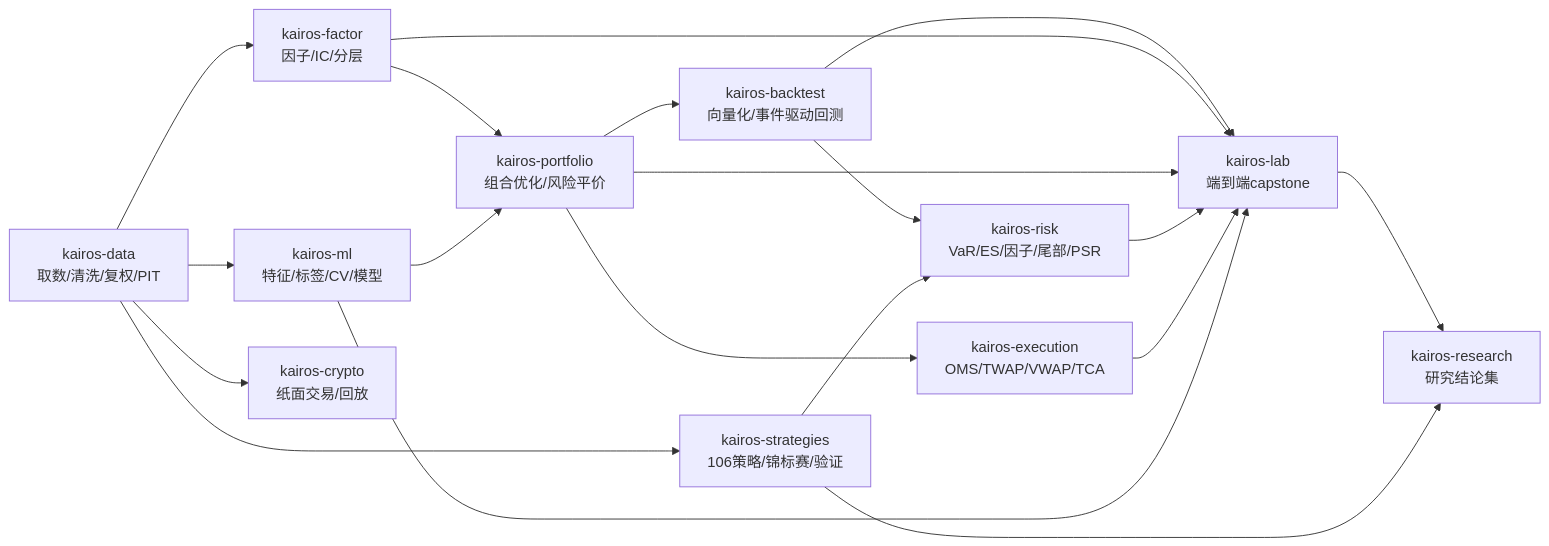
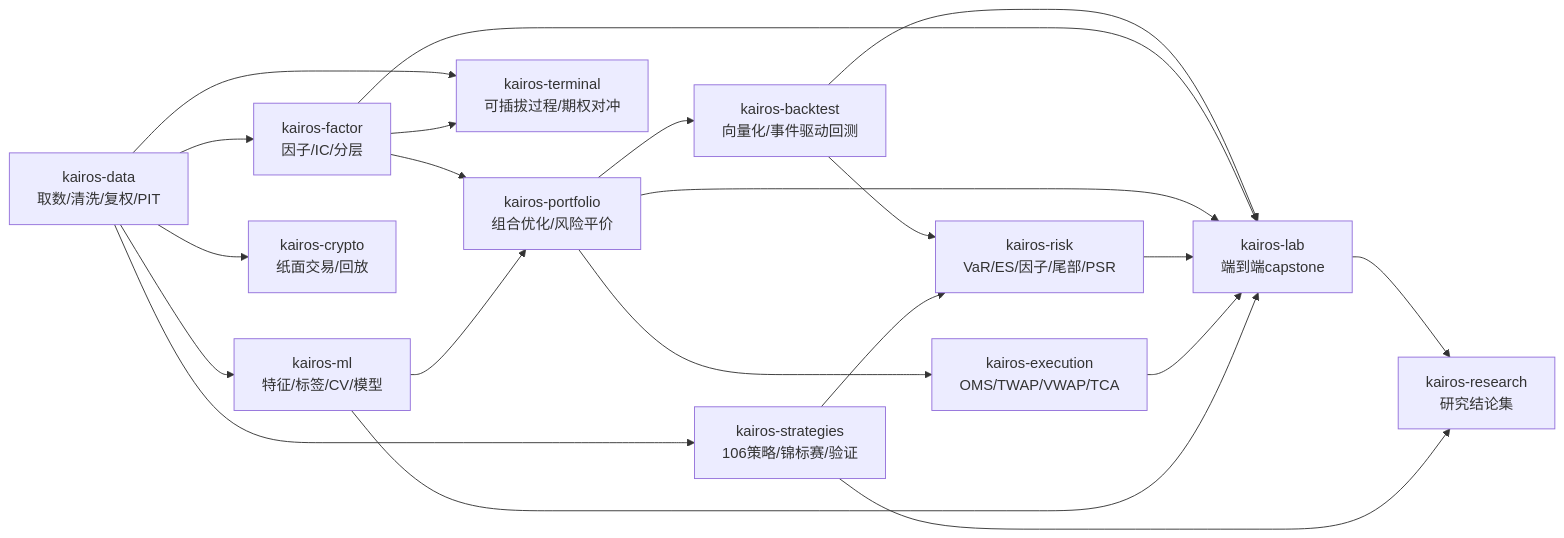
One commit to Bruce848647703/kairos changed the diagram in README.md. Above: the diagram before and after it, drawn with Mermaid. The commit also changed other lines of this file, not shown here.

First line of the commit message:
docs: 收录 kairos-terminal（12 个项目 / 1789 测试 / 7 层）

````diff
--- a/README.md
+++ b/README.md
@@ -60,21 +67,23 @@
 ```mermaid
 flowchart LR
   D[kairos-data<br/>取数/清洗/复权/PIT] --> F[kairos-factor<br/>因子/IC/分层]
   D --> M[kairos-ml<br/>特征/标签/CV/模型]
   F --> P[kairos-portfolio<br/>组合优化/风险平价]
   M --> P
   P --> B[kairos-backtest<br/>向量化/事件驱动回测]
   D --> S[kairos-strategies<br/>106策略/锦标赛/验证]
   B --> R[kairos-risk<br/>VaR/ES/因子/尾部/PSR]
   S --> R
   P --> E[kairos-execution<br/>OMS/TWAP/VWAP/TCA]
   D --> C[kairos-crypto<br/>纸面交易/回放]
+  D --> T[kairos-terminal<br/>可插拔过程/期权对冲]
+  F --> T
   B --> L[kairos-lab<br/>端到端capstone]
   F --> L
   P --> L
   R --> L
   E --> L
   M --> L
   L --> RS[kairos-research<br/>研究结论集]
   S --> RS
 ```
````
